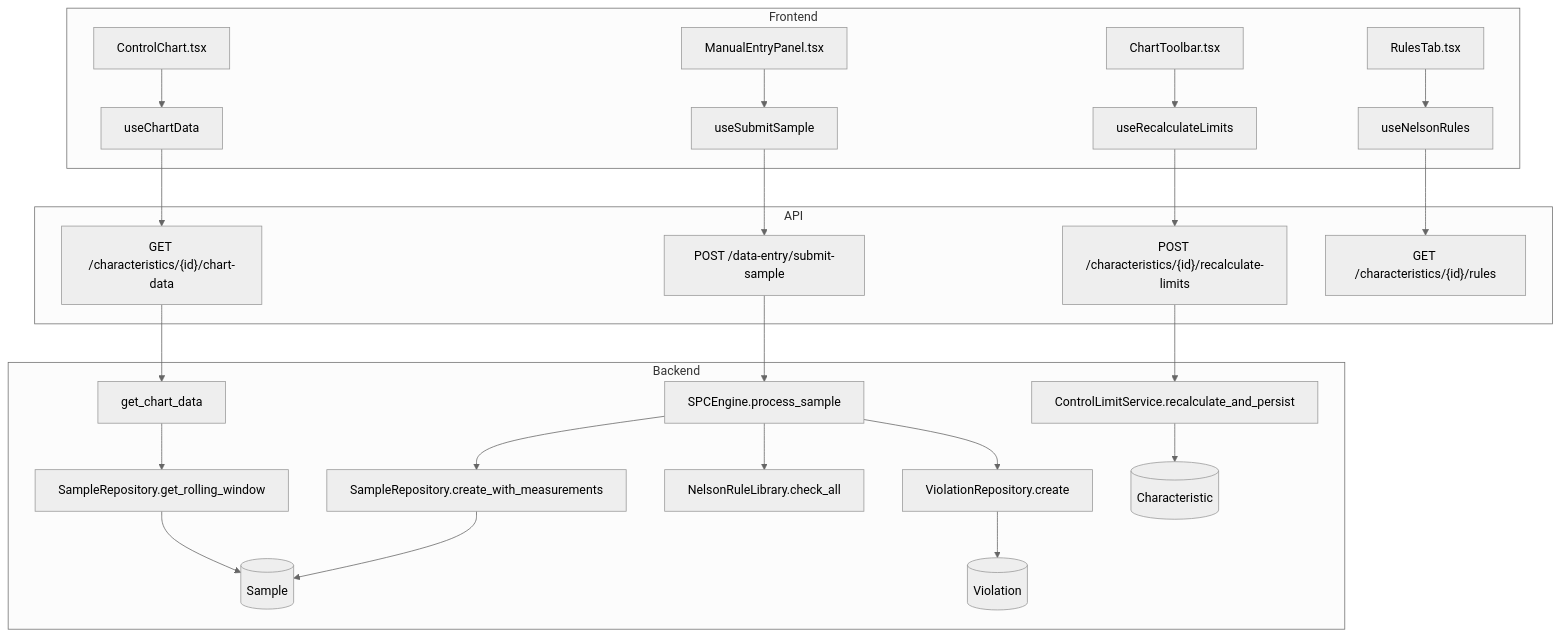
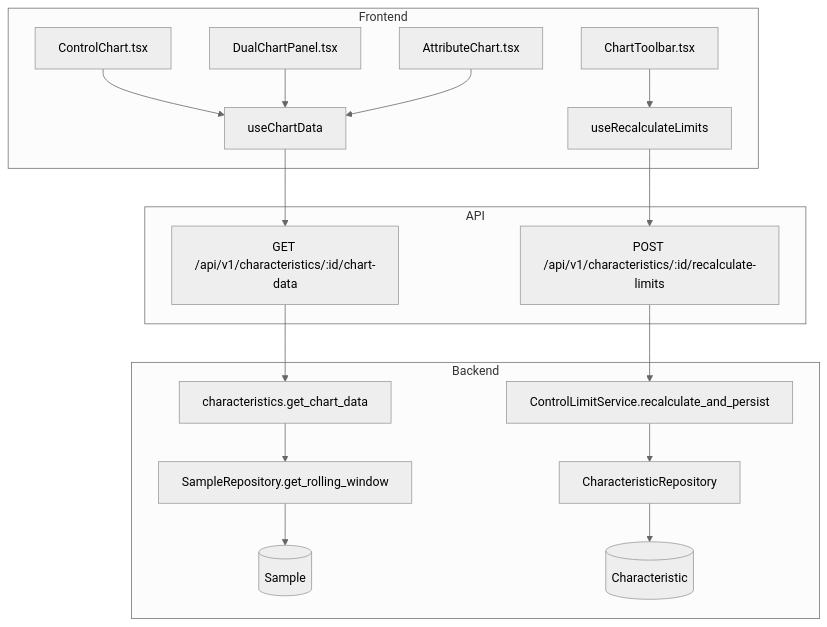
The first of 2 diagrams in .knowledge/features/spc-engine.md (saturnis-io/cassini), drawn with Mermaid (neutral theme) before and after one commit. The commit also changed other lines of this file and 15 other files, not shown here.

Commit message:
knowledge-graph: regenerate

````diff
--- a/.knowledge/features/spc-engine.md
+++ b/.knowledge/features/spc-engine.md
@@ -5,28 +5,21 @@
 ```mermaid
 flowchart TD
     subgraph Frontend
         C1[ControlChart.tsx] --> H1[useChartData]
-        C2[ManualEntryPanel.tsx] --> H2[useSubmitSample]
-        C3[ChartToolbar.tsx] --> H3[useRecalculateLimits]
-        C4[RulesTab.tsx] --> H4[useNelsonRules]
+        C2[DualChartPanel.tsx] --> H1
+        C3[AttributeChart.tsx] --> H1
+        C4[ChartToolbar.tsx] --> H2[useRecalculateLimits]
     end
     subgraph API
-        H1 --> E1["GET /characteristics/{id}/chart-data"]
-        H2 --> E2["POST /data-entry/submit-sample"]
-        H3 --> E3["POST /characteristics/{id}/recalculate-limits"]
-        H4 --> E4["GET /characteristics/{id}/rules"]
+        H1 --> E1[GET /api/v1/characteristics/:id/chart-data]
+        H2 --> E2[POST /api/v1/characteristics/:id/recalculate-limits]
     end
     subgraph Backend
-        E1 --> S1[get_chart_data]
-        E2 --> S2[SPCEngine.process_sample]
-        E3 --> S3[ControlLimitService.recalculate_and_persist]
+        E1 --> S1[characteristics.get_chart_data]
         S1 --> R1[SampleRepository.get_rolling_window]
-        S2 --> R2[SampleRepository.create_with_measurements]
-        S2 --> S4[NelsonRuleLibrary.check_all]
-        S2 --> R3[ViolationRepository.create]
         R1 --> M1[(Sample)]
-        R2 --> M1
-        R3 --> M2[(Violation)]
-        S3 --> M3[(Characteristic)]
+        E2 --> S2[ControlLimitService.recalculate_and_persist]
+        S2 --> R2[CharacteristicRepository]
+        R2 --> M2[(Characteristic)]
     end
 ```
````
